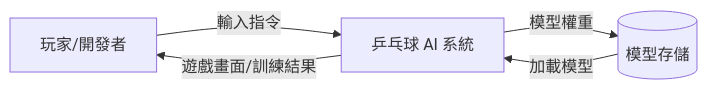
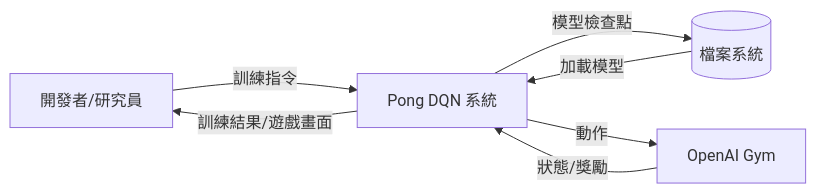
One commit to C111112104/ML_Game changed the third of 8 diagrams in doc/ping-pong-ai-project.md. Above: the diagram before and after it, drawn with Mermaid. The commit also changed other lines of this file, not shown here.

````diff
--- a/doc/ping-pong-ai-project.md
+++ b/doc/ping-pong-ai-project.md
@@ -268,7 +280,9 @@
 ```mermaid
 graph LR
-    Player[玩家/開發者] -->|輸入指令| System[乒乓球 AI 系統]
-    System -->|遊戲畫面/訓練結果| Player
-    System -->|模型權重| Storage[(模型存儲)]
+    User[開發者/研究員] -->|訓練指令| System[Pong DQN 系統]
+    System -->|訓練結果/遊戲畫面| User
+    System -->|模型檢查點| Storage[(檔案系統)]
     Storage -->|加載模型| System
+    GymEnv[OpenAI Gym] -->|狀態/獎勵| System
+    System -->|動作| GymEnv
 ```
````
